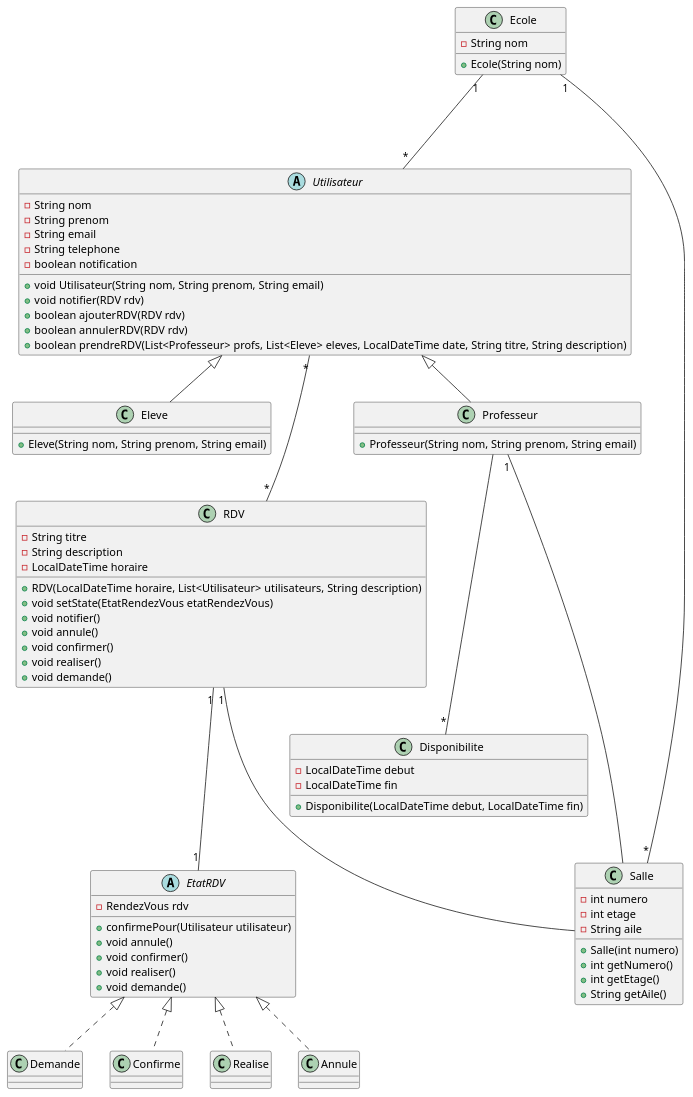
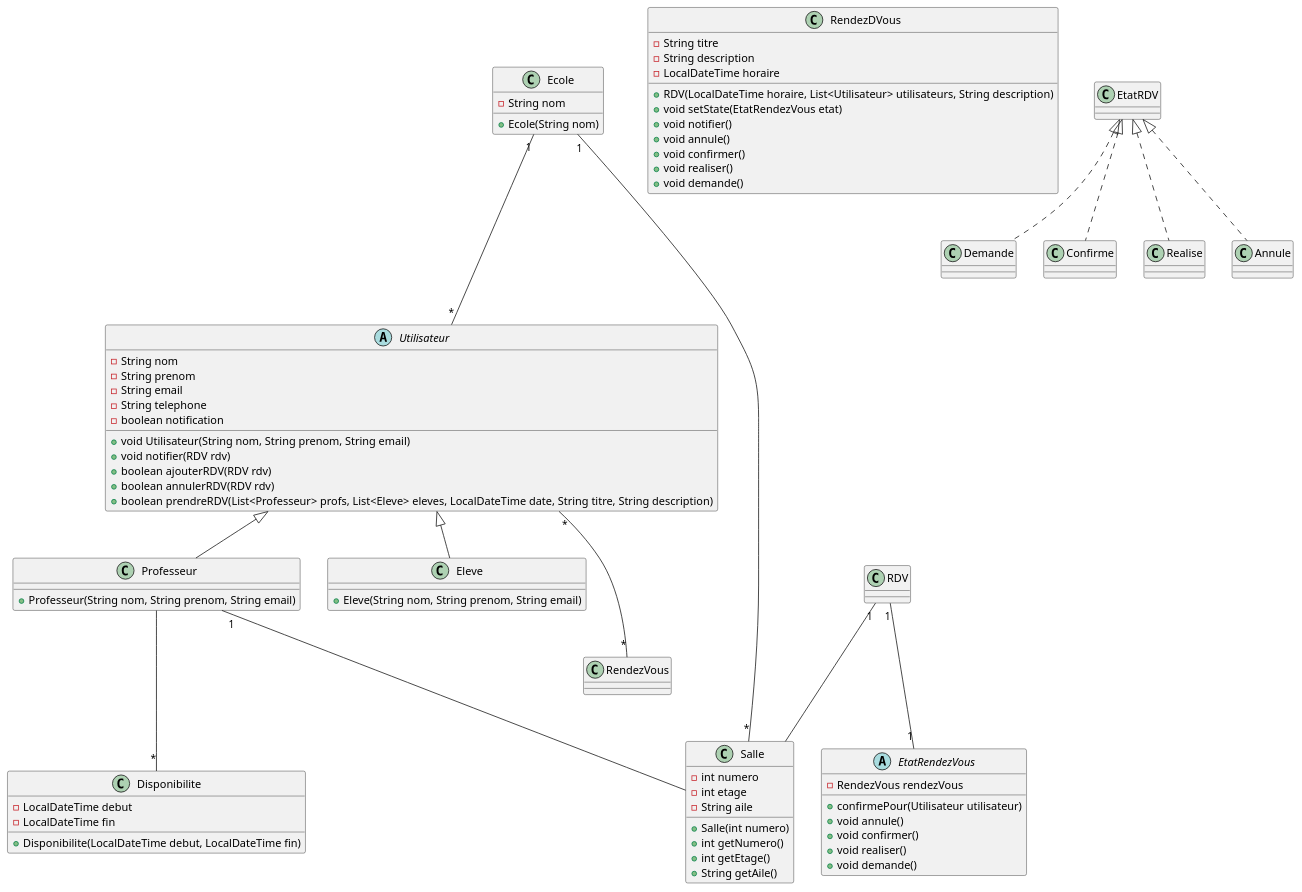
The diagram in Conception/DiagrameClasse.puml (Jcz125/meeting-manager-app), drawn with PlantUML before and after one commit.

Commit message:
modif diagramme de classes

```diff
--- a/Conception/DiagrameClasse.puml
+++ b/Conception/DiagrameClasse.puml
@@ -1,103 +1,103 @@
 @startuml Diagramme de classe
 
 abstract class Utilisateur {
     - String nom
     - String prenom
     - String email
     - String telephone
     - boolean notification
     
     + void Utilisateur(String nom, String prenom, String email)
     + void notifier(RDV rdv)
     + boolean ajouterRDV(RDV rdv)
     + boolean annulerRDV(RDV rdv)
     + boolean prendreRDV(List<Professeur> profs, List<Eleve> eleves, LocalDateTime date, String titre, String description)
 }
 
 class Professeur {
     + Professeur(String nom, String prenom, String email)
 }
 
 class Eleve {
     + Eleve(String nom, String prenom, String email)
 }
 
 class Disponibilite {
     - LocalDateTime debut
     - LocalDateTime fin
 
     + Disponibilite(LocalDateTime debut, LocalDateTime fin)
 }
 
-class RDV {
+class RendezDVous {
     - String titre
     - String description
     - LocalDateTime horaire
     
     + RDV(LocalDateTime horaire, List<Utilisateur> utilisateurs, String description)
-    + void setState(EtatRendezVous etatRendezVous)
+    + void setState(EtatRendezVous etat)
     + void notifier()
     + void annule()
     + void confirmer()
     + void realiser()
     + void demande()
 }
 
-abstract class EtatRDV {
-    - RendezVous rdv
+abstract class EtatRendezVous {
+    - RendezVous rendezVous
     + confirmePour(Utilisateur utilisateur)
     + void annule()
     + void confirmer()
     + void realiser()
     + void demande()
 }
 
 class Demande {
 }
 
 class Confirme {
 }
 
 class Realise {
 }
 
 class Annule {
 }
 
 
 class Ecole {
     - String nom
     + Ecole(String nom)
 }
 
 class Salle {
     - int numero
     - int etage
     - String aile
 
     + Salle(int numero)
     + int getNumero()
     + int getEtage()
     + String getAile()
 }
 
 
-Utilisateur "*" --- "*" RDV
+Utilisateur "*" --- "*" RendezVous
 Ecole "1" --- "*" Utilisateur
 Ecole "1" --- "*" Salle
 
 
 EtatRDV <|.. Confirme
 EtatRDV <|.. Annule
 EtatRDV <|.. Realise
 EtatRDV <|.. Demande
 
-RDV "1" --- "1" EtatRDV
+RDV "1" --- "1" EtatRendezVous
 RDV "1" --- Salle
 Professeur "1" --- Salle
 
 Utilisateur  <|--  Professeur
 Utilisateur  <|--  Eleve
 Professeur --- "*" Disponibilite
 
 @enduml
```
